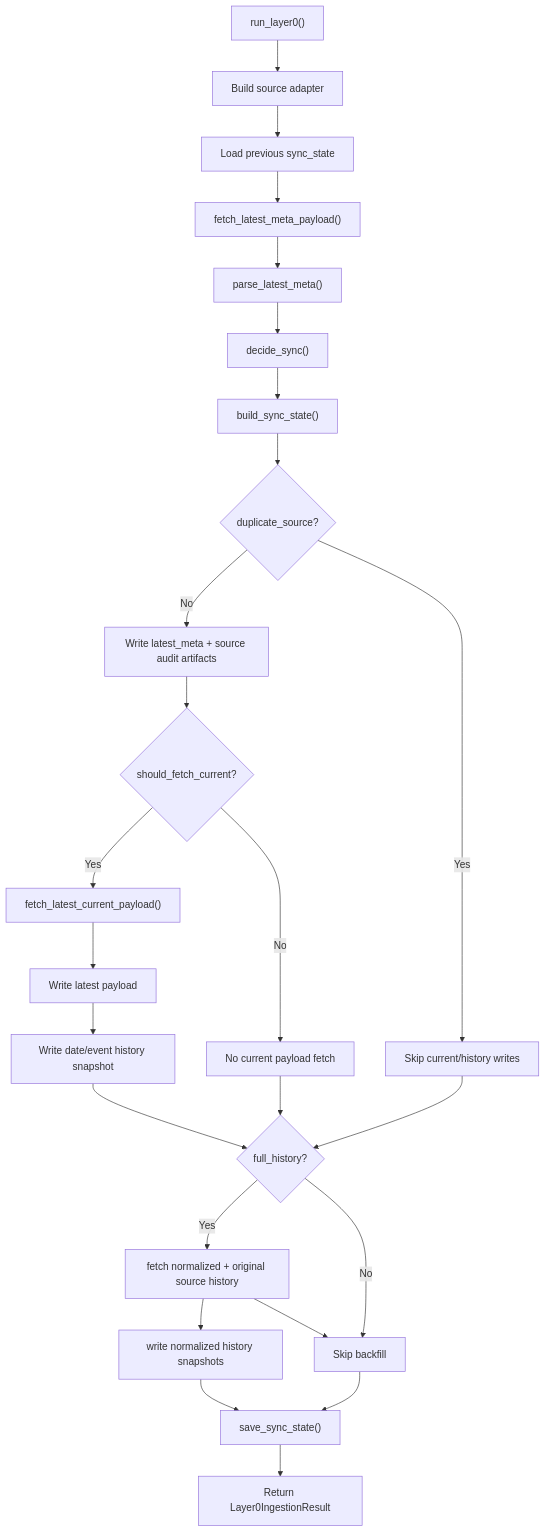
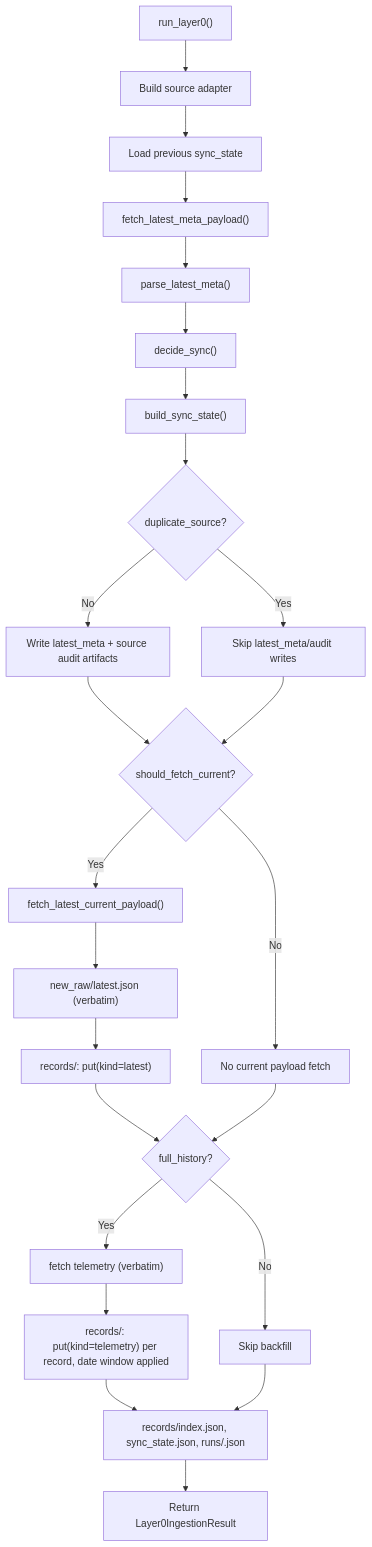
Before and after one commit to lawnguyenit/AgriFusion-IoT: the diagram in src/agrifusion/ingest/FLOW.md, drawn with Mermaid. The commit also changed other lines of this file and 7 other files, not shown here.

````diff
--- a/src/agrifusion/ingest/FLOW.md
+++ b/src/agrifusion/ingest/FLOW.md
@@ -19,32 +19,30 @@
 ```mermaid
 flowchart TD
     A["run_layer0()"] --> B["Build source adapter"]
     B --> C["Load previous sync_state"]
     C --> D["fetch_latest_meta_payload()"]
     D --> E["parse_latest_meta()"]
     E --> F["decide_sync()"]
     F --> G["build_sync_state()"]
 
     G --> H{"duplicate_source?"}
     H -- "No" --> I["Write latest_meta + source audit artifacts"]
-    H -- "Yes" --> N["Skip current/history writes"]
+    H -- "Yes" --> N["Skip latest_meta/audit writes"]
 
     I --> J{"should_fetch_current?"}
+    N --> J
     J -- "Yes" --> K["fetch_latest_current_payload()"]
-    K --> L["Write latest payload"]
-    L --> M["Write date/event history snapshot"]
-
+    K --> L["new_raw/latest.json (verbatim)"]
+    L --> M["records/: put(kind=latest)"]
     J -- "No" --> O["No current payload fetch"]
 
     M --> P{"full_history?"}
     O --> P
-    N --> P
-    P -- "Yes" --> Q["fetch normalized + original source history"]
-    Q --> R["write normalized history snapshots"]
-    Q --> S["write content-addressed raw_history evidence + archive manifest"]
+    P -- "Yes" --> Q["fetch telemetry (verbatim)"]
+    Q --> R["records/: put(kind=telemetry) per record, date window applied"]
     P -- "No" --> S["Skip backfill"]
 
-    R --> T["save_sync_state()"]
+    R --> T["records/index.json, sync_state.json, runs/<run_id>.json"]
     S --> T
     T --> U["Return Layer0IngestionResult"]
 ```
````
